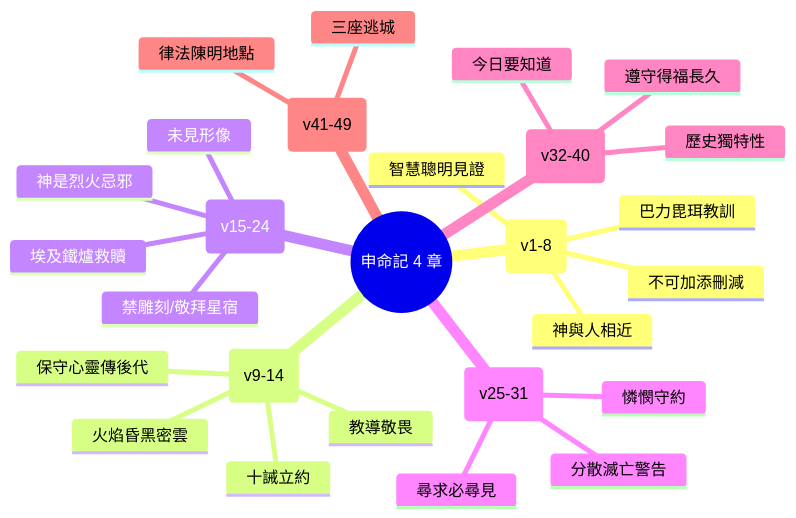
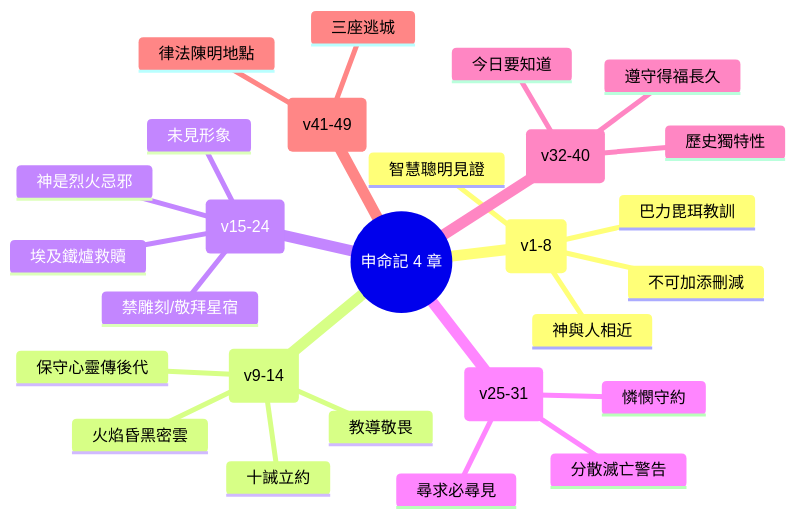
The diagram in 05 申命記/第4章.md (andyjr5566/Bible_wiki_zh), drawn with Mermaid before and after one commit. The commit also changed other lines of this file and 1 other file, not shown here.

````diff
--- a/05 申命記/第4章.md
+++ b/05 申命記/第4章.md
@@ -128,30 +136,30 @@
 ```mermaid
 mindmap
   root((申命記 4 章))
     勸勉遵守 (v1-8)
       不可加添刪減
       巴力毘珥教訓
       智慧聰明見證
       神與人相近
     何烈山之約 (v9-14)
       保守心靈傳後代
       火焰昏黑密雲
       十誡立約
       教導敬畏
     禁偶像崇拜 (v15-24)
-      未見形像
+      未見形象
       禁雕刻/敬拜星宿
       埃及鐵爐救贖
       神是烈火忌邪
     違約與悔改 (v25-31)
       分散滅亡警告
       尋求必尋見
       憐憫守約
     獨一真神 (v32-40)
       歷史獨特性
       今日要知道
       遵守得福長久
     逃城與地理 (v41-49)
       三座逃城
       律法陳明地點
 ```
````
